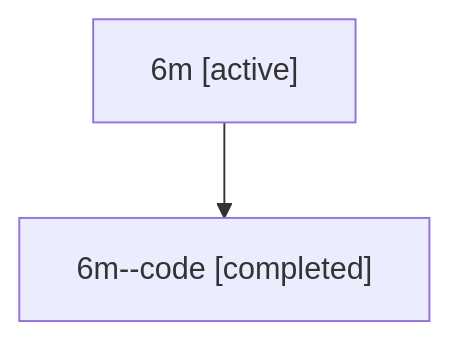
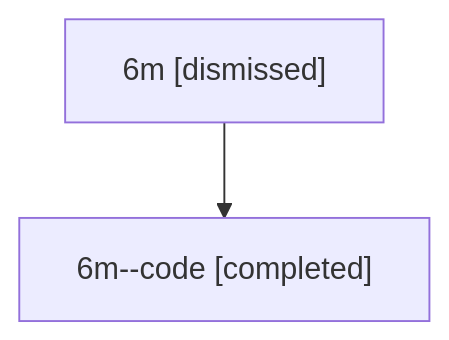
One commit to sase-org/sase--agents changed the diagram in sessions/bbugyi200.athena.6m.md. Above: the diagram before and after it, drawn with Mermaid. The commit also changed other lines of this file and 25 other files, not shown here.

````diff
--- a/sessions/bbugyi200.athena.6m.md
+++ b/sessions/bbugyi200.athena.6m.md
@@ -9,6 +9,6 @@
 ```mermaid
 flowchart TD
-  n0["6m [active]"]
+  n0["6m [dismissed]"]
   n1["6m--code [completed]"]
   n0 --> n1
 ```
````
